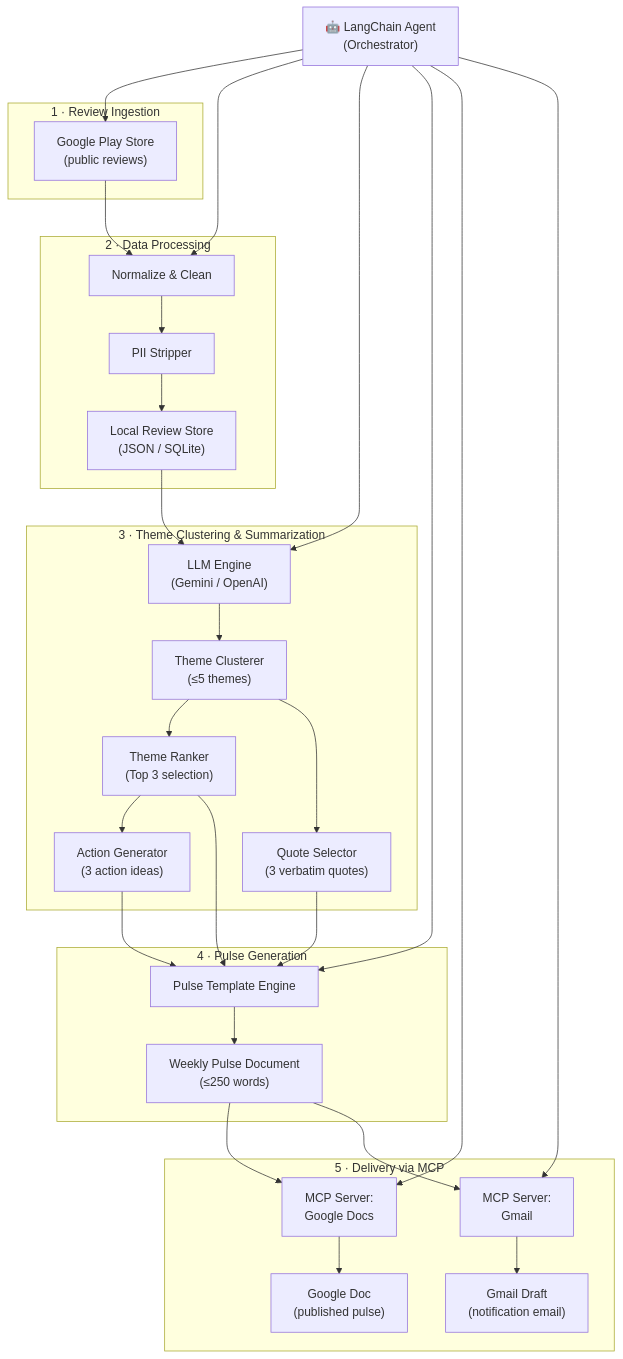
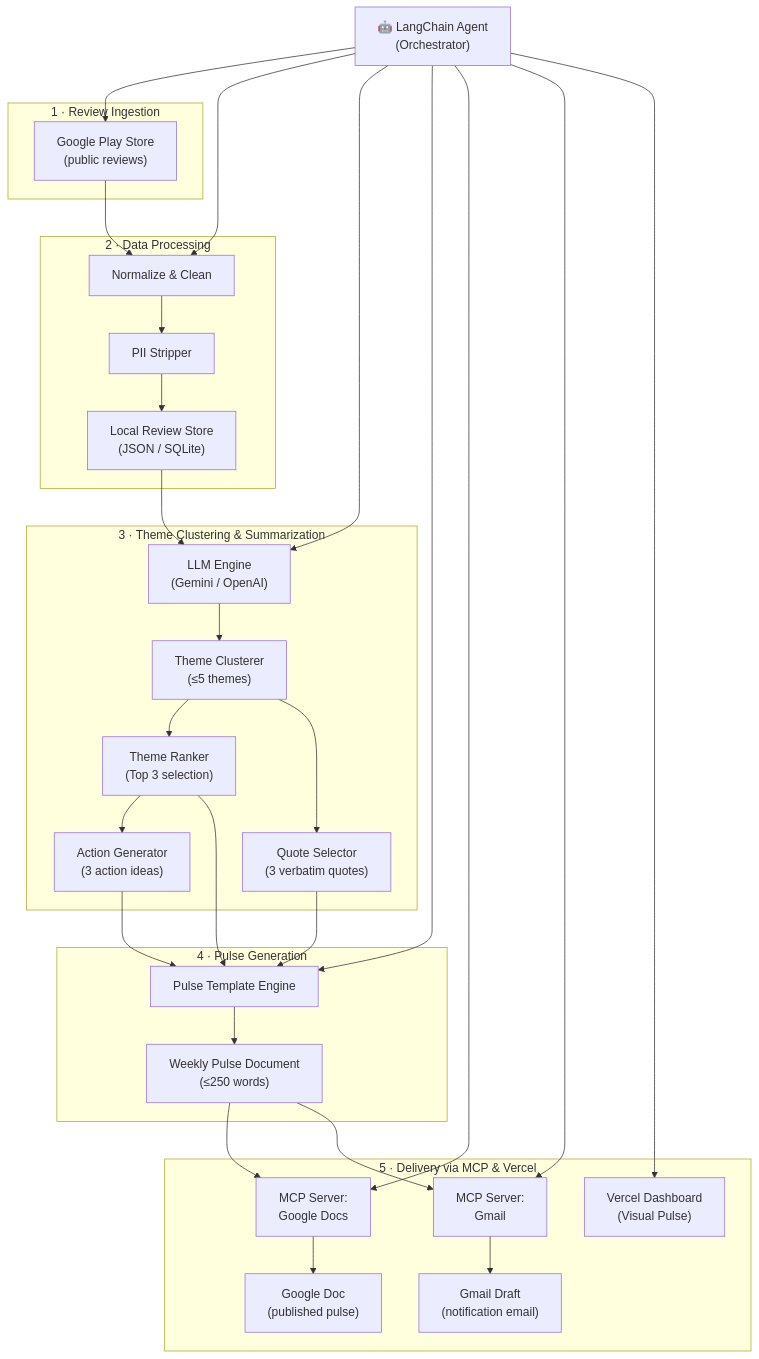
Before and after one commit to vishalpurswaniiift1719-png/AI-reviews-summarizer: the first of 3 diagrams in architecture.md, drawn with Mermaid. The commit also changed other lines of this file and 9 other files, not shown here.

Commit message:
feat: Phase 10 Vercel Dashboard implementation

````diff
--- a/architecture.md
+++ b/architecture.md
@@ -25,59 +25,61 @@
 ```mermaid
 graph TD
     AGENT["🤖 LangChain Agent<br/>(Orchestrator)"]
 
     subgraph Ingestion["1 · Review Ingestion"]
         GP["Google Play Store<br/>(public reviews)"]
     end
 
     subgraph Processing["2 · Data Processing"]
         NORM["Normalize & Clean"]
         PII["PII Stripper"]
         STORE["Local Review Store<br/>(JSON / SQLite)"]
     end
 
     subgraph Analysis["3 · Theme Clustering & Summarization"]
         LLM["LLM Engine<br/>(Gemini / OpenAI)"]
         CLUSTER["Theme Clusterer<br/>(≤5 themes)"]
         RANK["Theme Ranker<br/>(Top 3 selection)"]
         QUOTES["Quote Selector<br/>(3 verbatim quotes)"]
         ACTIONS["Action Generator<br/>(3 action ideas)"]
     end
 
     subgraph Output["4 · Pulse Generation"]
         TPL["Pulse Template Engine"]
         PULSE["Weekly Pulse Document<br/>(≤250 words)"]
     end
 
-    subgraph Delivery["5 · Delivery via MCP"]
+    subgraph Delivery["5 · Delivery via MCP & Vercel"]
         MCP_DOCS["MCP Server:<br/>Google Docs"]
         MCP_GMAIL["MCP Server:<br/>Gmail"]
         GDOC["Google Doc<br/>(published pulse)"]
         DRAFT["Gmail Draft<br/>(notification email)"]
+        UI["Vercel Dashboard<br/>(Visual Pulse)"]
     end
 
     AGENT --> GP
     AGENT --> NORM
     AGENT --> LLM
     AGENT --> TPL
     AGENT --> MCP_DOCS
     AGENT --> MCP_GMAIL
+    AGENT --> UI
 
     GP --> NORM
     NORM --> PII
     PII --> STORE
 
     STORE --> LLM
     LLM --> CLUSTER
     CLUSTER --> RANK
     CLUSTER --> QUOTES
     RANK --> ACTIONS
 
     RANK --> TPL
     QUOTES --> TPL
     ACTIONS --> TPL
     TPL --> PULSE
 
     PULSE --> MCP_DOCS --> GDOC
     PULSE --> MCP_GMAIL --> DRAFT
 ```
````
